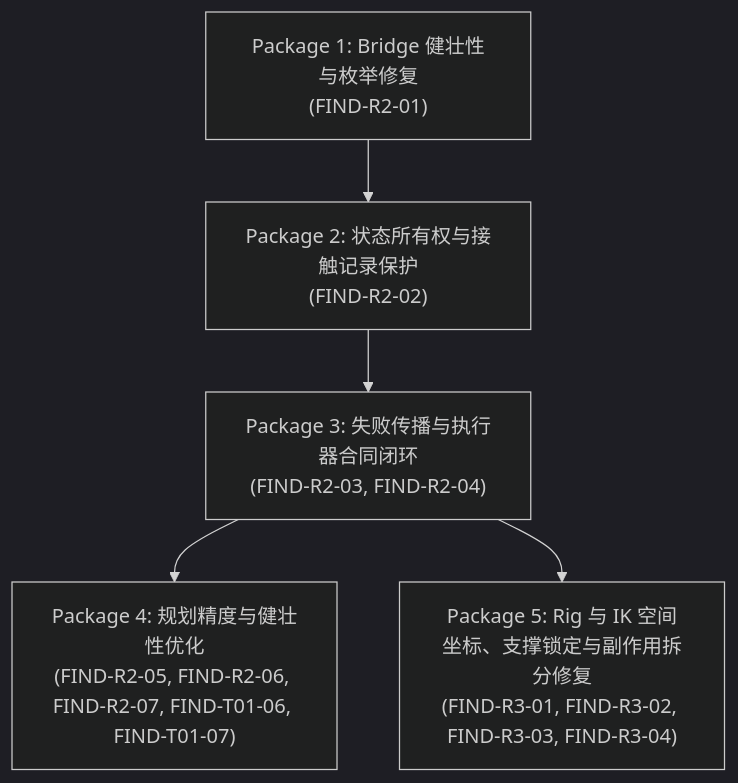
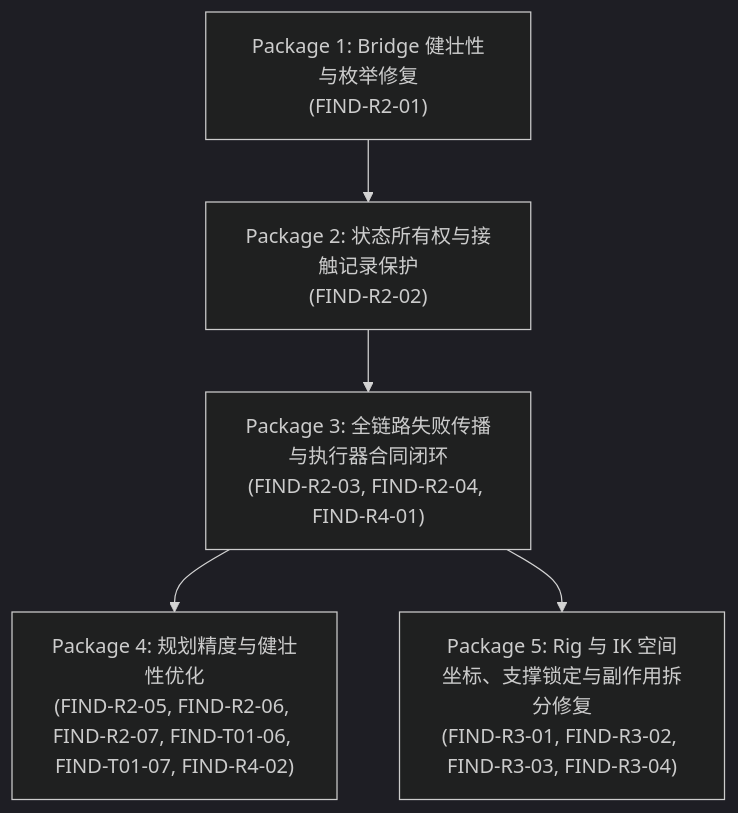
Before and after one commit to cgfe10231-ai/ProceduralAnimation: the diagram in docs/audit/production_interface/OPEN_FINDINGS.md, drawn with Mermaid (dark theme). The commit also changed other lines of this file and 6 other files, not shown here.

````diff
--- a/docs/audit/production_interface/OPEN_FINDINGS.md
+++ b/docs/audit/production_interface/OPEN_FINDINGS.md
@@ -365,7 +426,7 @@
 ```mermaid
 flowchart TD
     PKG1["Package 1: Bridge 健壮性与枚举修复<br>(FIND-R2-01)"] --> PKG2["Package 2: 状态所有权与接触记录保护<br>(FIND-R2-02)"]
-    PKG2 --> PKG3["Package 3: 失败传播与执行器合同闭环<br>(FIND-R2-03, FIND-R2-04)"]
-    PKG3 --> PKG4["Package 4: 规划精度与健壮性优化<br>(FIND-R2-05, FIND-R2-06, FIND-R2-07, FIND-T01-06, FIND-T01-07)"]
+    PKG2 --> PKG3["Package 3: 全链路失败传播与执行器合同闭环<br>(FIND-R2-03, FIND-R2-04, FIND-R4-01)"]
+    PKG3 --> PKG4["Package 4: 规划精度与健壮性优化<br>(FIND-R2-05, FIND-R2-06, FIND-R2-07, FIND-T01-06, FIND-T01-07, FIND-R4-02)"]
     PKG3 --> PKG5["Package 5: Rig 与 IK 空间坐标、支撑锁定与副作用拆分修复<br>(FIND-R3-01, FIND-R3-02, FIND-R3-03, FIND-R3-04)"]
 ```
````
